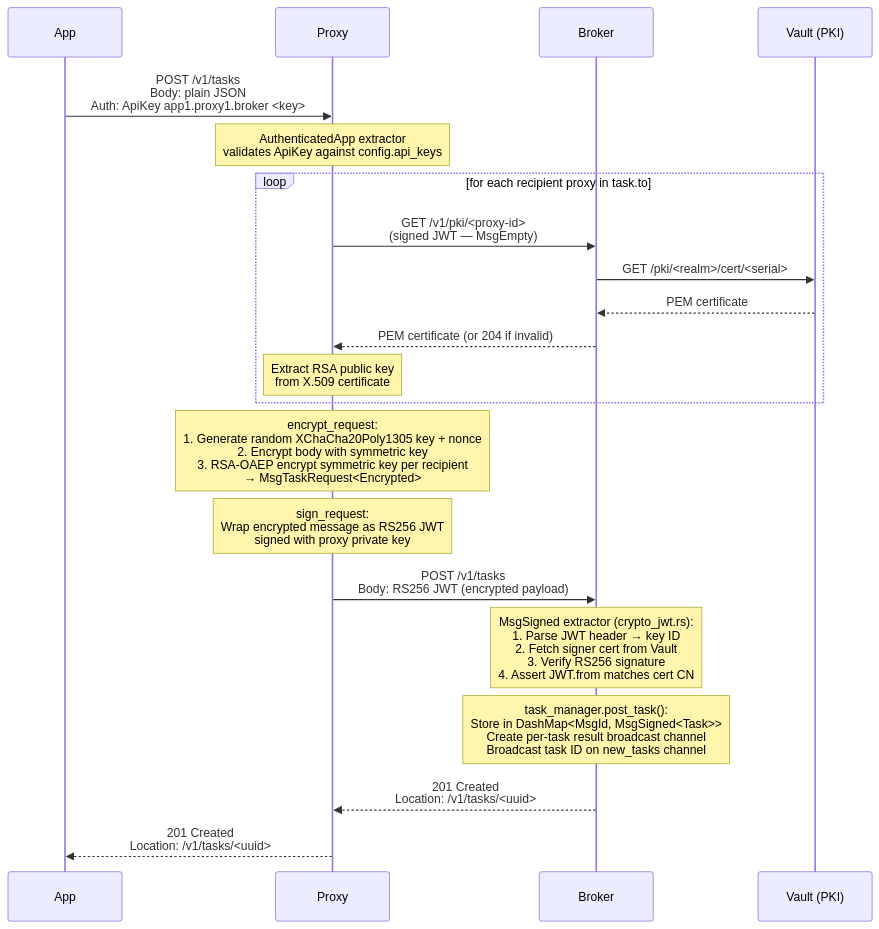
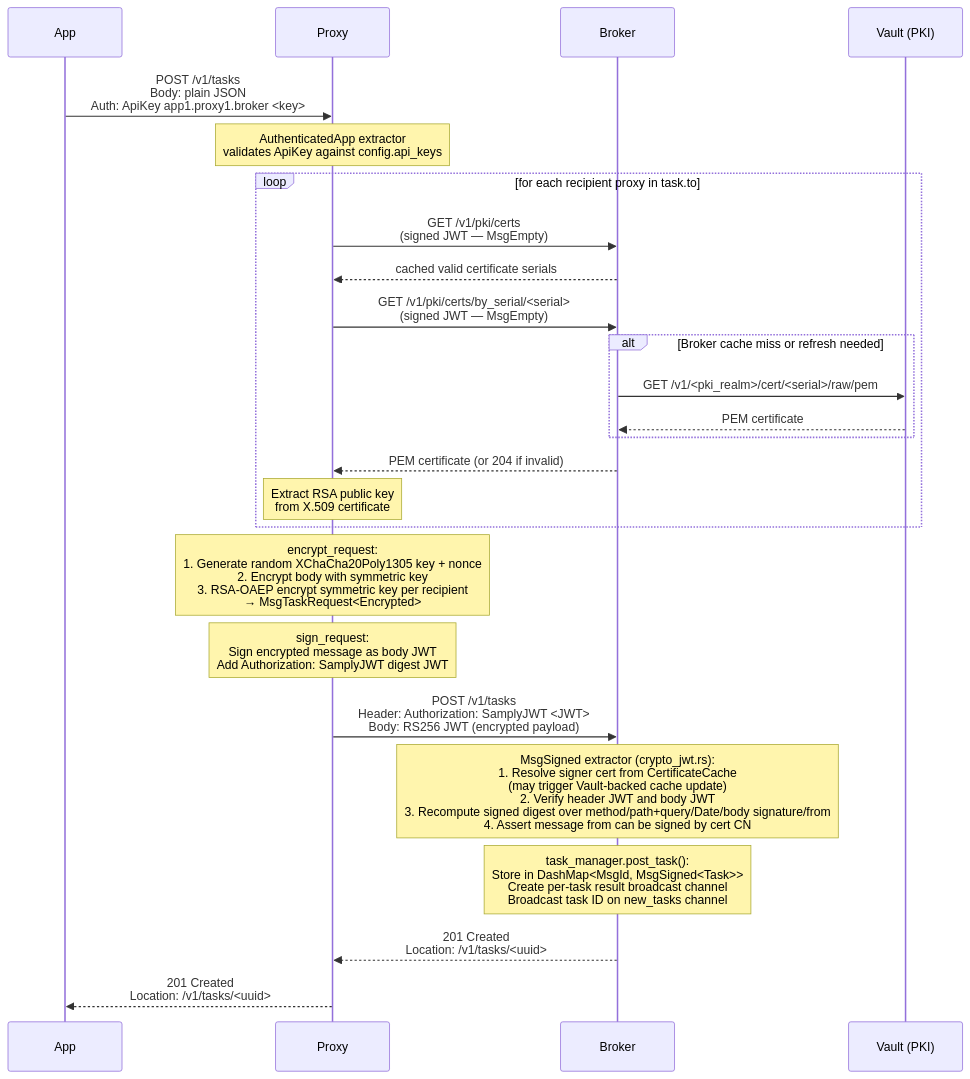
Before and after one commit to samply/beam: the fourth of 12 diagrams in DATAFLOWS.md, drawn with Mermaid. The commit also changed other lines of this file, not shown here.

Commit message:
Updated data flows document

````diff
--- a/DATAFLOWS.md
+++ b/DATAFLOWS.md
@@ -198,33 +199,37 @@
 ```mermaid
 sequenceDiagram
     participant App
     participant Proxy
     participant Broker
     participant Vault as Vault (PKI)
 
     App->>Proxy: POST /v1/tasks<br/>Body: plain JSON<br/>Auth: ApiKey app1.proxy1.broker <key>
 
     note over Proxy: AuthenticatedApp extractor<br/>validates ApiKey against config.api_keys
 
     loop for each recipient proxy in task.to
-        Proxy->>Broker: GET /v1/pki/<proxy-id><br/>(signed JWT — MsgEmpty)
-        Broker->>Vault: GET /pki/<realm>/cert/<serial>
-        Vault-->>Broker: PEM certificate
+        Proxy->>Broker: GET /v1/pki/certs<br/>(signed JWT — MsgEmpty)
+        Broker-->>Proxy: cached valid certificate serials
+        Proxy->>Broker: GET /v1/pki/certs/by_serial/<serial><br/>(signed JWT — MsgEmpty)
+        alt Broker cache miss or refresh needed
+            Broker->>Vault: GET /v1/<pki_realm>/cert/<serial>/raw/pem
+            Vault-->>Broker: PEM certificate
+        end
         Broker-->>Proxy: PEM certificate (or 204 if invalid)
         note over Proxy: Extract RSA public key<br/>from X.509 certificate
     end
 
     note over Proxy: encrypt_request:<br/>1. Generate random XChaCha20Poly1305 key + nonce<br/>2. Encrypt body with symmetric key<br/>3. RSA-OAEP encrypt symmetric key per recipient<br/>→ MsgTaskRequest<Encrypted>
 
-    note over Proxy: sign_request:<br/>Wrap encrypted message as RS256 JWT<br/>signed with proxy private key
+    note over Proxy: sign_request:<br/>Sign encrypted message as body JWT<br/>Add Authorization: SamplyJWT digest JWT
 
-    Proxy->>Broker: POST /v1/tasks<br/>Body: RS256 JWT (encrypted payload)
+    Proxy->>Broker: POST /v1/tasks<br/>Header: Authorization: SamplyJWT <JWT><br/>Body: RS256 JWT (encrypted payload)
 
-    note over Broker: MsgSigned extractor (crypto_jwt.rs):<br/>1. Parse JWT header → key ID<br/>2. Fetch signer cert from Vault<br/>3. Verify RS256 signature<br/>4. Assert JWT.from matches cert CN
+    note over Broker: MsgSigned extractor (crypto_jwt.rs):<br/>1. Resolve signer cert from CertificateCache<br/>(may trigger Vault-backed cache update)<br/>2. Verify header JWT and body JWT<br/>3. Recompute signed digest over method/path+query/Date/body signature/from<br/>4. Assert message from can be signed by cert CN
 
     note over Broker: task_manager.post_task():<br/>Store in DashMap<MsgId, MsgSigned<Task>><br/>Create per-task result broadcast channel<br/>Broadcast task ID on new_tasks channel
 
     Broker-->>Proxy: 201 Created<br/>Location: /v1/tasks/<uuid>
 
     Proxy-->>App: 201 Created<br/>Location: /v1/tasks/<uuid>
 ```
````
